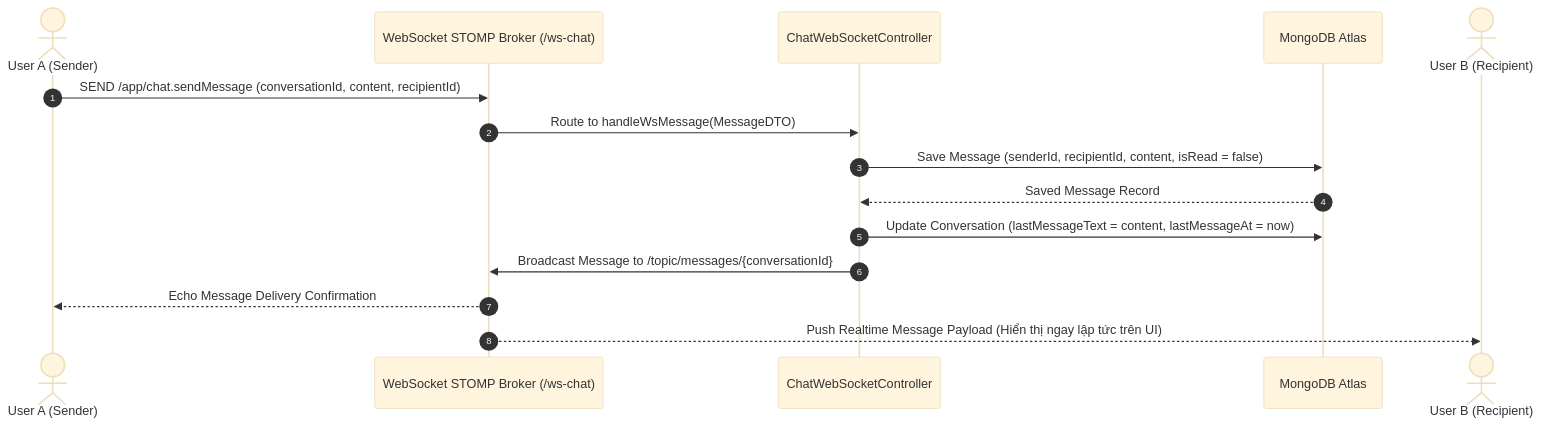
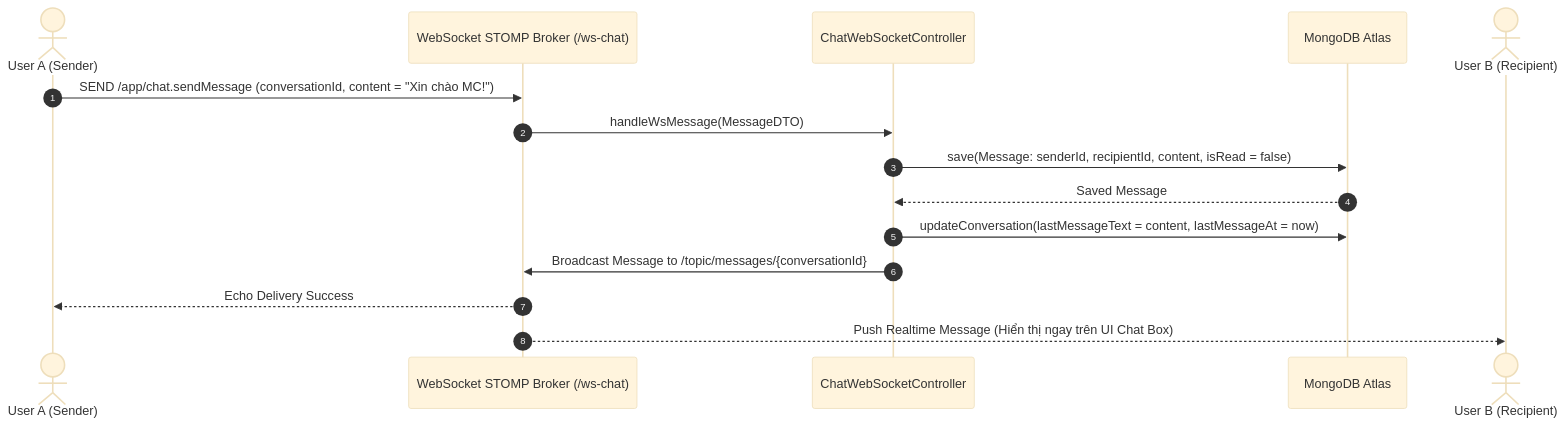
One commit to The-MC-Hub/MC_Voice_Training_Backend changed the eighth of 12 diagrams in docs/use-cases/UC-12-chat-messaging.md. Above: the diagram before and after it, drawn with Mermaid (base theme). The commit also changed other lines of this file and 12 other files, not shown here.

Commit message:
docs(use-cases): fully expand all sub-use-cases across all 13 UC files with dedicated Class Diagrams, Sequence Diagrams, and Unit Tests

````diff
--- a/docs/use-cases/UC-12-chat-messaging.md
+++ b/docs/use-cases/UC-12-chat-messaging.md
@@ -75,21 +157,21 @@
 ```mermaid
 sequenceDiagram
     autonumber
     actor Sender as User A (Sender)
     participant WS as WebSocket STOMP Broker (/ws-chat)
     participant Controller as ChatWebSocketController
     participant DB as MongoDB Atlas
     actor Recipient as User B (Recipient)
 
-    Sender->>WS: SEND /app/chat.sendMessage (conversationId, content, recipientId)
-    WS->>Controller: Route to handleWsMessage(MessageDTO)
+    Sender->>WS: SEND /app/chat.sendMessage (conversationId, content = "Xin chào MC!")
+    WS->>Controller: handleWsMessage(MessageDTO)
     
-    Controller->>DB: Save Message (senderId, recipientId, content, isRead = false)
-    DB-->>Controller: Saved Message Record
+    Controller->>DB: save(Message: senderId, recipientId, content, isRead = false)
+    DB-->>Controller: Saved Message
     
-    Controller->>DB: Update Conversation (lastMessageText = content, lastMessageAt = now)
+    Controller->>DB: updateConversation(lastMessageText = content, lastMessageAt = now)
     
     Controller->>WS: Broadcast Message to /topic/messages/{conversationId}
-    WS-->>Sender: Echo Message Delivery Confirmation
-    WS-->>Recipient: Push Realtime Message Payload (Hiển thị ngay lập tức trên UI)
+    WS-->>Sender: Echo Delivery Success
+    WS-->>Recipient: Push Realtime Message (Hiển thị ngay trên UI Chat Box)
 ```
````
